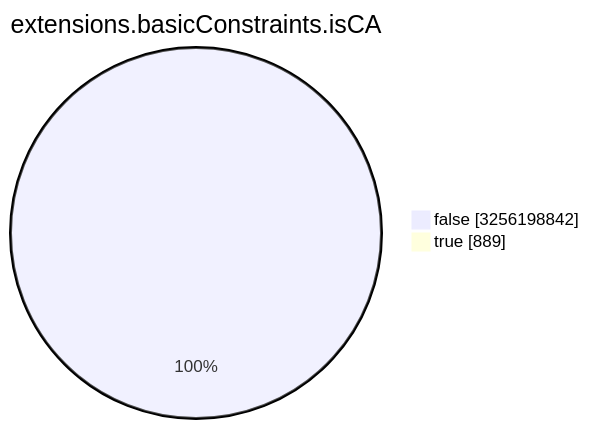
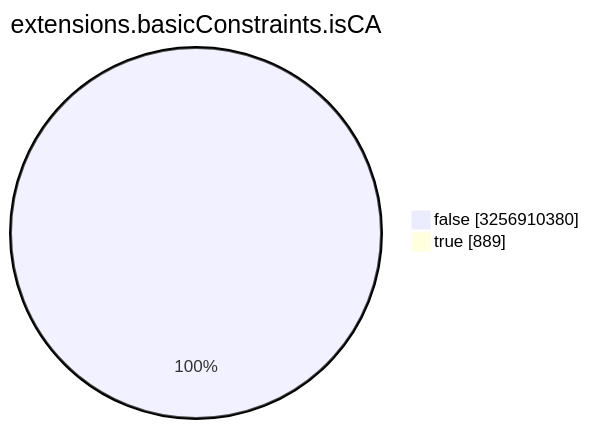
Before and after one commit to christiankrug/ctmonitor_visualization: the seventh of 15 diagrams in TOTAL/README.md, drawn with Mermaid. The commit also changed other lines of this file, not shown here.

````diff
--- a/TOTAL/README.md
+++ b/TOTAL/README.md
@@ -3088,6 +3088,6 @@
 ```mermaid
 pie showData
 title extensions.basicConstraints.isCA
-"false" :3256198842
+"false" :3256910380
 "true" :889
 ```
````
